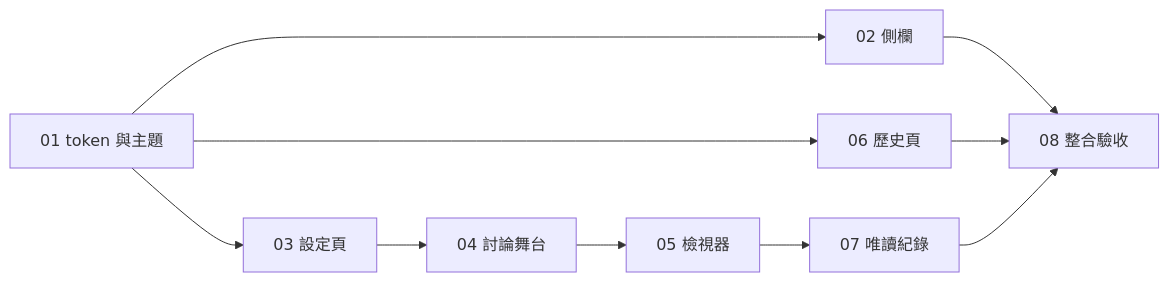
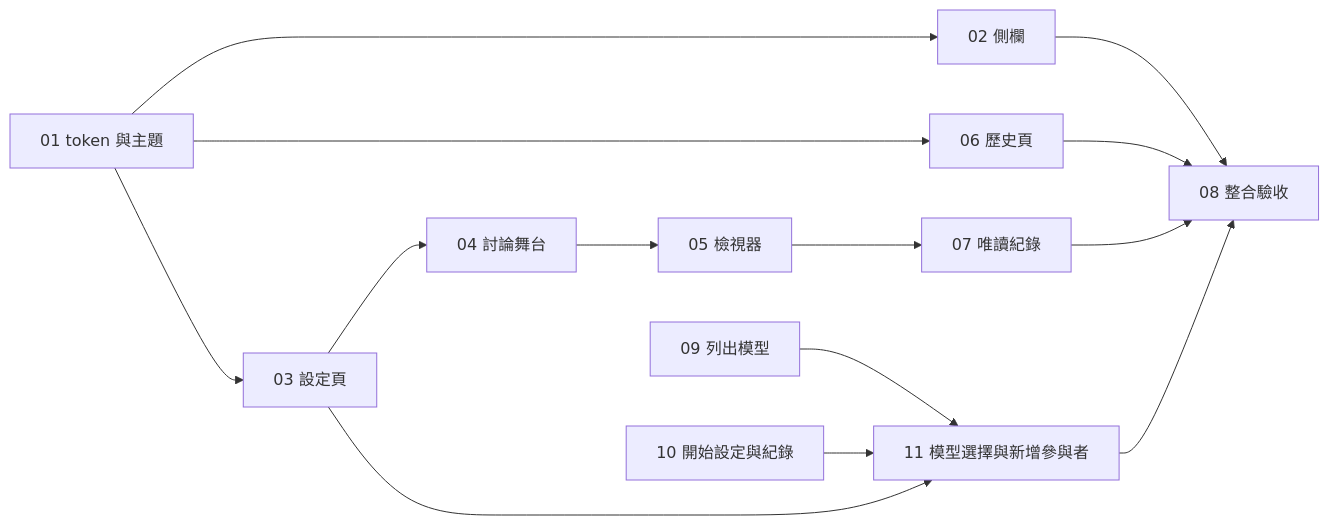
The diagram in .scratch/ui-redesign/tickets-overview.md (kernopaygoegg9/AIgora), drawn with Mermaid before and after one commit. The commit also changed other lines of this file and 10 other files, not shown here.

````diff
--- a/.scratch/ui-redesign/tickets-overview.md
+++ b/.scratch/ui-redesign/tickets-overview.md
@@ -20,12 +23,16 @@
 ```mermaid
 graph LR
   T01[01 token 與主題] --> T02[02 側欄]
   T01 --> T03[03 設定頁]
   T01 --> T06[06 歷史頁]
   T03 --> T04[04 討論舞台]
   T04 --> T05[05 檢視器]
   T05 --> T07[07 唯讀紀錄]
+  T09[09 列出模型] --> T11[11 模型選擇與新增參與者]
+  T10[10 開始設定與紀錄] --> T11
+  T03 --> T11
   T02 --> T08[08 整合驗收]
   T06 --> T08
   T07 --> T08
+  T11 --> T08
 ```
````
